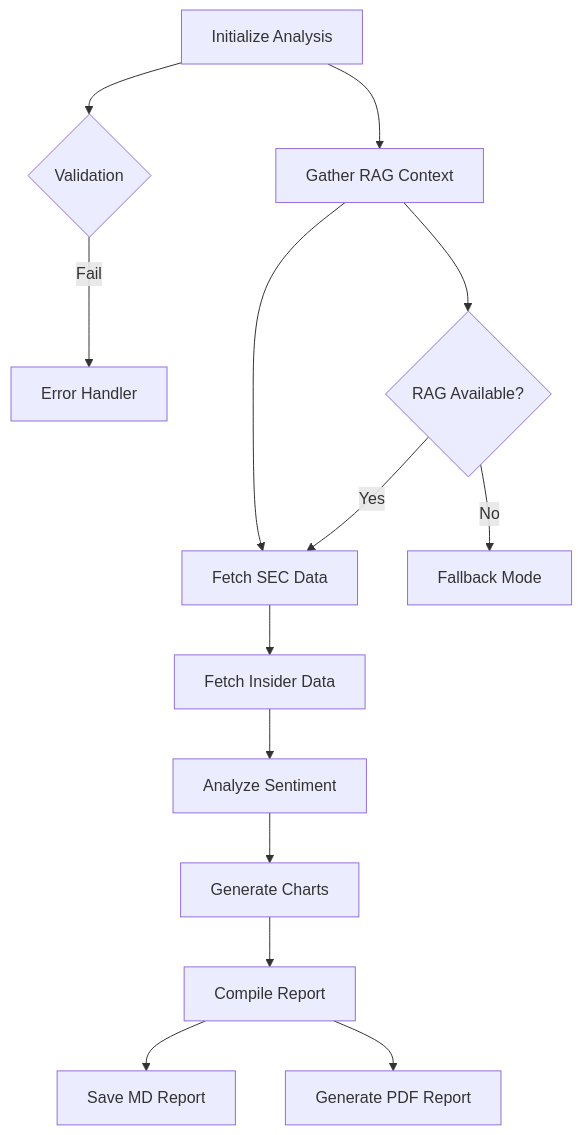
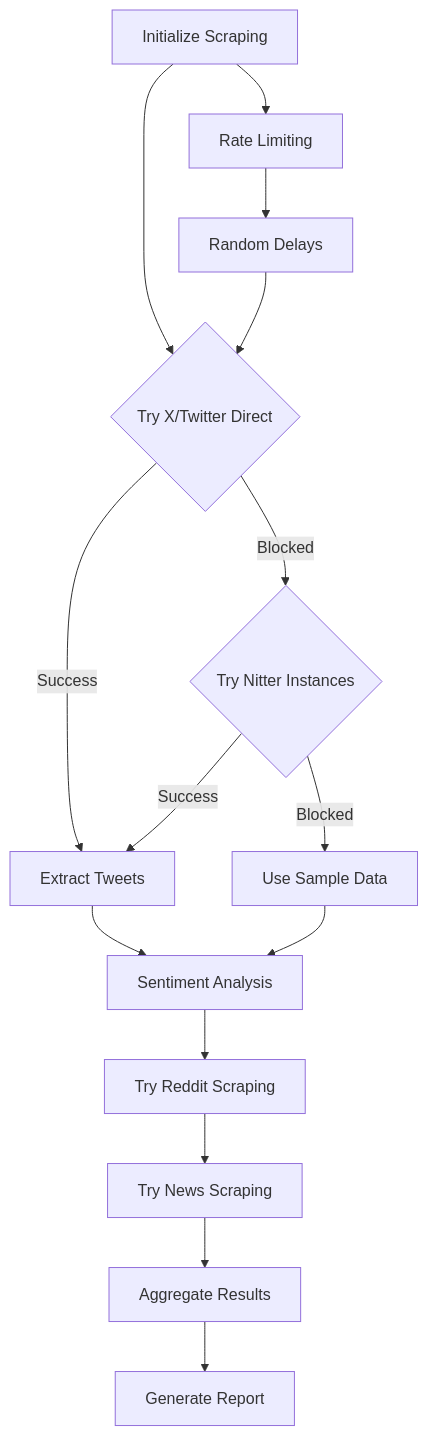
The diagram in README.md (abhinav-OS-bit/crewai-trading-system), drawn with Mermaid before and after one commit. The commit also changed other lines of this file, not shown here.

````diff
--- a/README.md
+++ b/README.md
@@ -160,19 +233,22 @@
 ```mermaid
 graph TD
-    A[Initialize Analysis] --> B[Gather RAG Context]
-    B --> C[Fetch SEC Data]
-    C --> D[Fetch Insider Data] 
-    D --> E[Analyze Sentiment]
-    E --> F[Generate Charts]
-    F --> G[Compile Report]
+    A[Initialize Scraping] --> B{Try X/Twitter Direct}
+    B -->|Success| C[Extract Tweets]
+    B -->|Blocked| D{Try Nitter Instances}
     
-    A --> H{Validation}
-    H -->|Fail| I[Error Handler]
+    D -->|Success| C
+    D -->|Blocked| E[Use Sample Data]
     
-    B --> J{RAG Available?}
-    J -->|Yes| C
-    J -->|No| K[Fallback Mode]
+    C --> F[Sentiment Analysis]
+    E --> F
     
-    G --> L[Save MD Report]
-    G --> M[Generate PDF Report]
+    F --> G[Try Reddit Scraping]
+    G --> H[Try News Scraping]
+    H --> I[Aggregate Results]
+    
+    I --> J[Generate Report]
+    
+    A --> K[Rate Limiting]
+    K --> L[Random Delays]
+    L --> B
 ```
````
